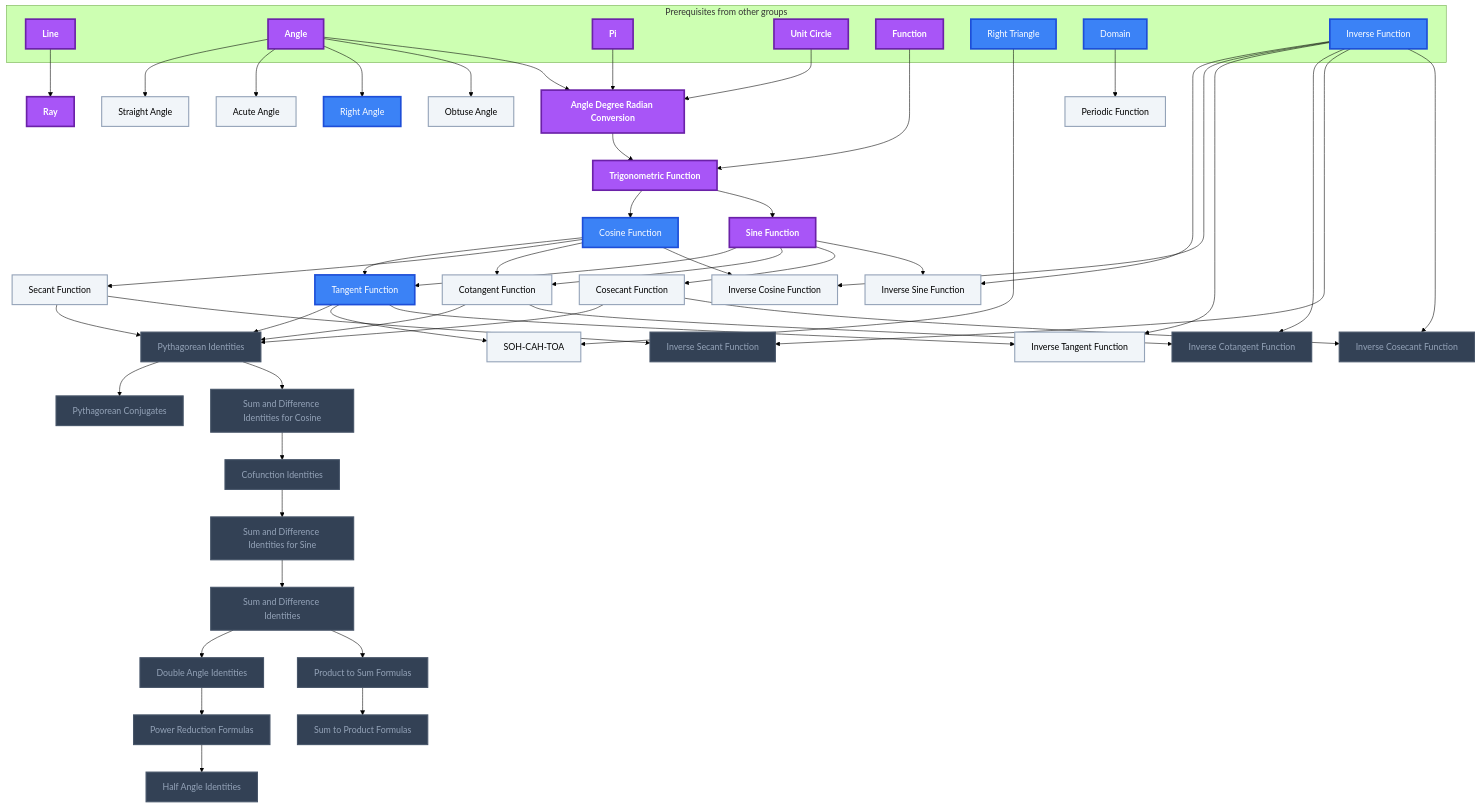
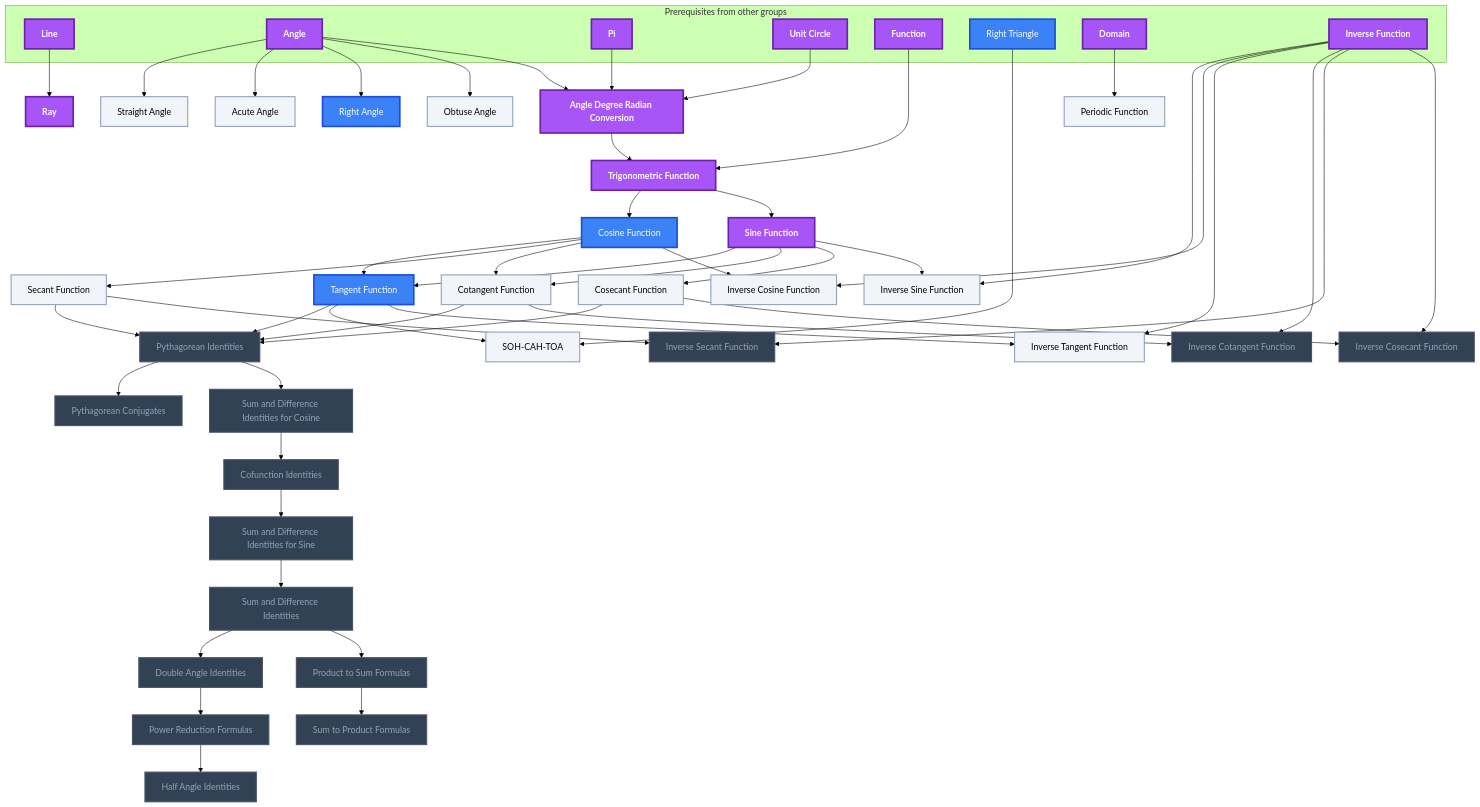
The tenth of 11 diagrams in Gamification/Skill Trees/Pre-Calculus.md (MRauf1/My-Notes), drawn with Mermaid (forest theme) before and after one commit. The commit also changed other lines of this file and 57 other files, not shown here.

````diff
--- a/Gamification/Skill Trees/Pre-Calculus.md
+++ b/Gamification/Skill Trees/Pre-Calculus.md
@@ -716,7 +717,7 @@
     n_cosecant_function --> n_inverse_cosecant_function
     class n_pythagorean_identities,n_pythagorean_conjugates,n_sum_and_difference_identities_for_cosine,n_cofunction_identities,n_sum_and_difference_identities_for_sine,n_sum_and_difference_identities,n_double_angle_identities,n_power_reduction_formulas,n_half_angle_identities,n_product_to_sum_formulas,n_sum_to_product_formulas,n_inverse_cotangent_function,n_inverse_secant_function,n_inverse_cosecant_function locked;
     class n_straight_angle,n_acute_angle,n_obtuse_angle,n_secant_function,n_cotangent_function,n_cosecant_function,n_soh_cah_toa,n_periodic_function,n_inverse_sine_function,n_inverse_cosine_function,n_inverse_tangent_function L0;
-    class n_right_triangle,n_domain,n_inverse_function,n_right_angle,n_cosine_function,n_tangent_function L2;
-    class n_line,n_angle,n_pi,n_unit_circle,n_function,n_ray,n_angle_degree_radian_conversion,n_trigonometric_function,n_sine_function L3;
+    class n_right_triangle,n_right_angle,n_cosine_function,n_tangent_function L2;
+    class n_line,n_angle,n_pi,n_unit_circle,n_function,n_domain,n_inverse_function,n_ray,n_angle_degree_radian_conversion,n_trigonometric_function,n_sine_function L3;
     class n_line,n_angle,n_pi,n_unit_circle,n_function,n_right_triangle,n_domain,n_inverse_function,n_ray,n_straight_angle,n_acute_angle,n_right_angle,n_obtuse_angle,n_angle_degree_radian_conversion,n_trigonometric_function,n_cosine_function,n_sine_function,n_tangent_function,n_secant_function,n_cotangent_function,n_cosecant_function,n_pythagorean_identities,n_soh_cah_toa,n_pythagorean_conjugates,n_sum_and_difference_identities_for_cosine,n_cofunction_identities,n_sum_and_difference_identities_for_sine,n_sum_and_difference_identities,n_double_angle_identities,n_power_reduction_formulas,n_half_angle_identities,n_product_to_sum_formulas,n_sum_to_product_formulas,n_periodic_function,n_inverse_sine_function,n_inverse_cosine_function,n_inverse_tangent_function,n_inverse_cotangent_function,n_inverse_secant_function,n_inverse_cosecant_function internal-link;
 ```
````
